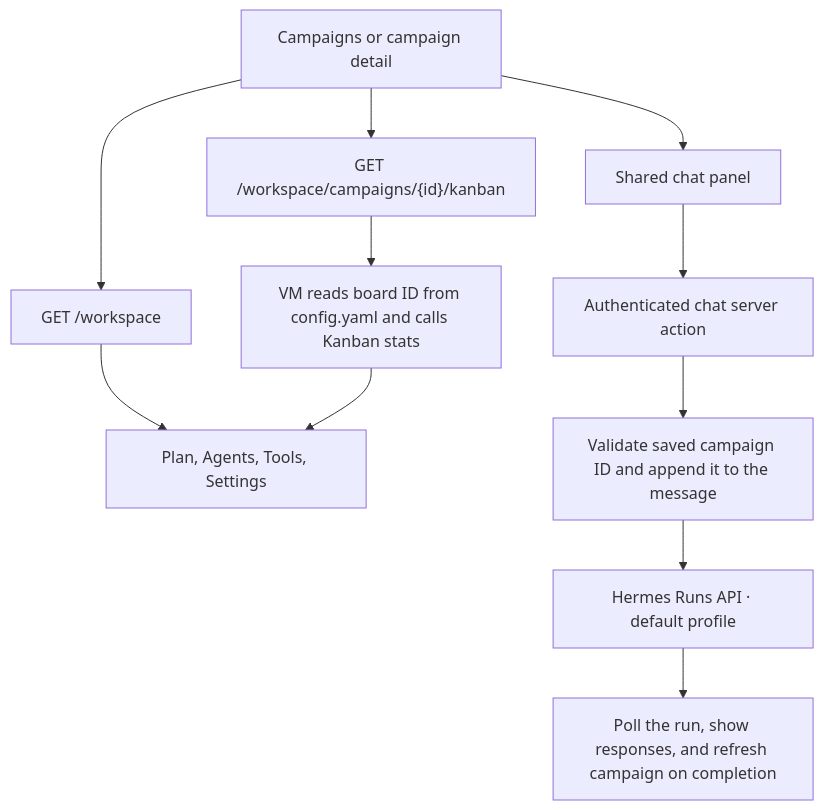
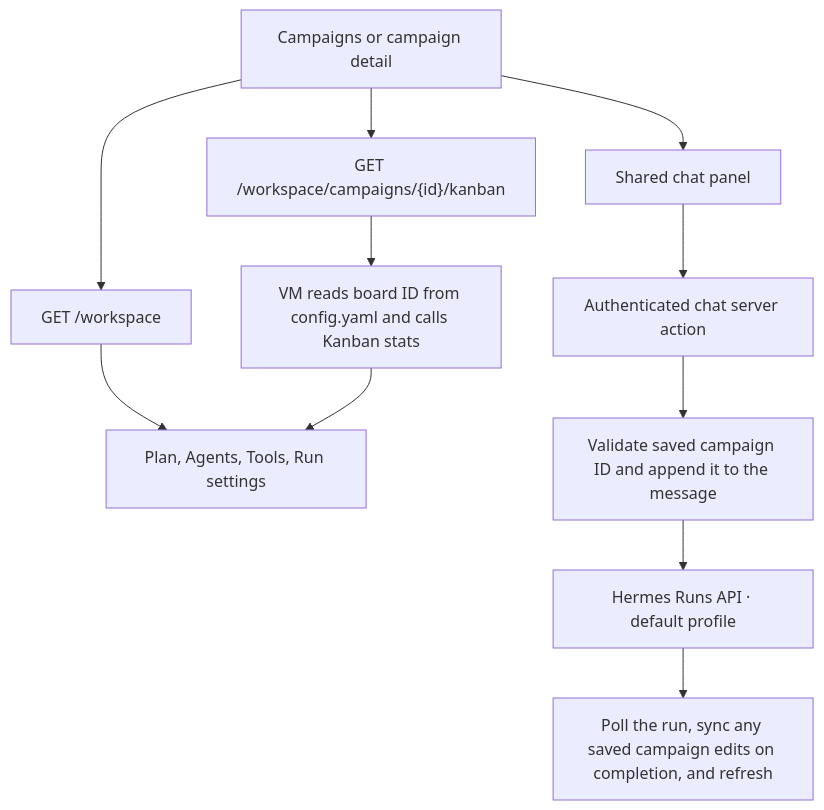
Before and after one commit to openmarketing-agency/openmarketing.agency: the fourth of 7 diagrams in docs/architecture.md, drawn with Mermaid. The commit also changed other lines of this file and 9 other files, not shown here.

````diff
--- a/docs/architecture.md
+++ b/docs/architecture.md
@@ -167,17 +167,17 @@
 ```mermaid
 flowchart TD
     Dash["Campaigns or campaign detail"]
     Records["GET /workspace"]
     Board["GET /workspace/campaigns/{id}/kanban"]
     Stats["VM reads board ID from config.yaml and calls Kanban stats"]
-    Tabs["Plan, Agents, Tools, Settings"]
+    Tabs["Plan, Agents, Tools, Run settings"]
     Chat["Shared chat panel"]
     Action["Authenticated chat server action"]
     Context["Validate saved campaign ID and append it to the message"]
     Runs["Hermes Runs API · default profile"]
-    Next["Poll the run, show responses, and refresh campaign on completion"]
+    Next["Poll the run, sync any saved campaign edits on completion, and refresh"]
 
     Dash --> Records --> Tabs
     Dash --> Board --> Stats --> Tabs
     Dash --> Chat --> Action --> Context --> Runs --> Next
 ```
````
